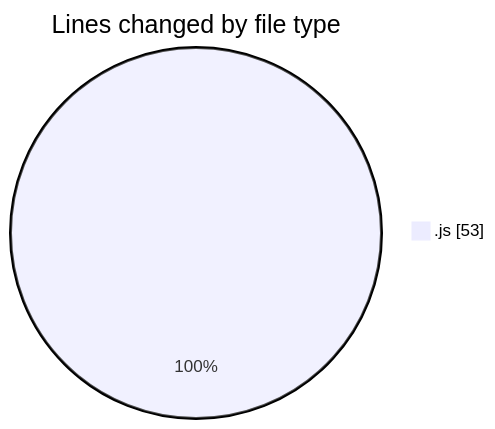
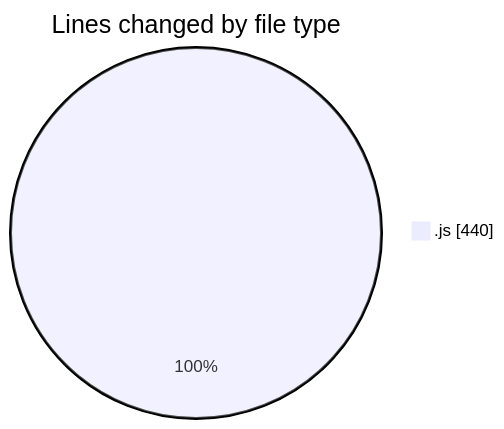
One commit to nxtqubesakshisongat/code-tracking changed the first of 2 diagrams in 2025-12-01/nxtqube_webapp/README.md. Above: the diagram before and after it, drawn with Mermaid. The commit also changed other lines of this file and 1 other file, not shown here.

````diff
--- a/2025-12-01/nxtqube_webapp/README.md
+++ b/2025-12-01/nxtqube_webapp/README.md
@@ -20,5 +21,5 @@
 ```mermaid
 pie showData
 title Lines changed by file type
-".js" : 53
+".js" : 440
 ```
````
